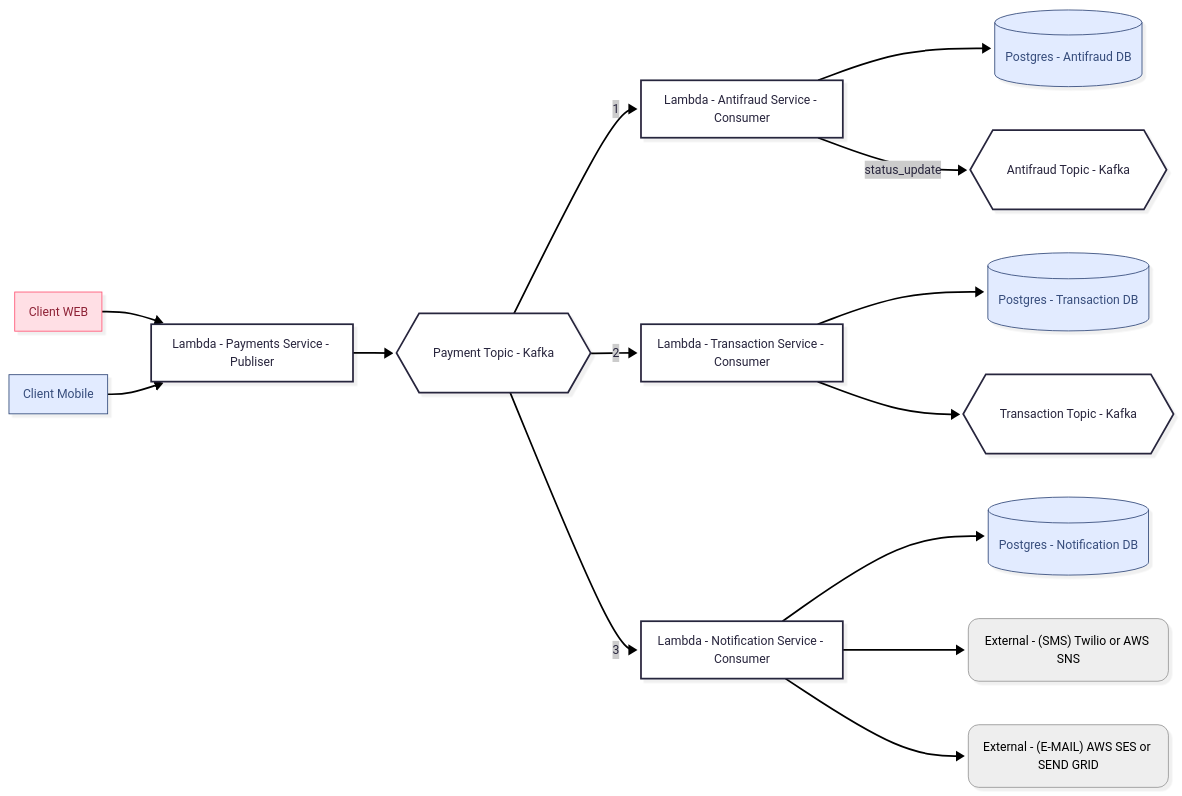
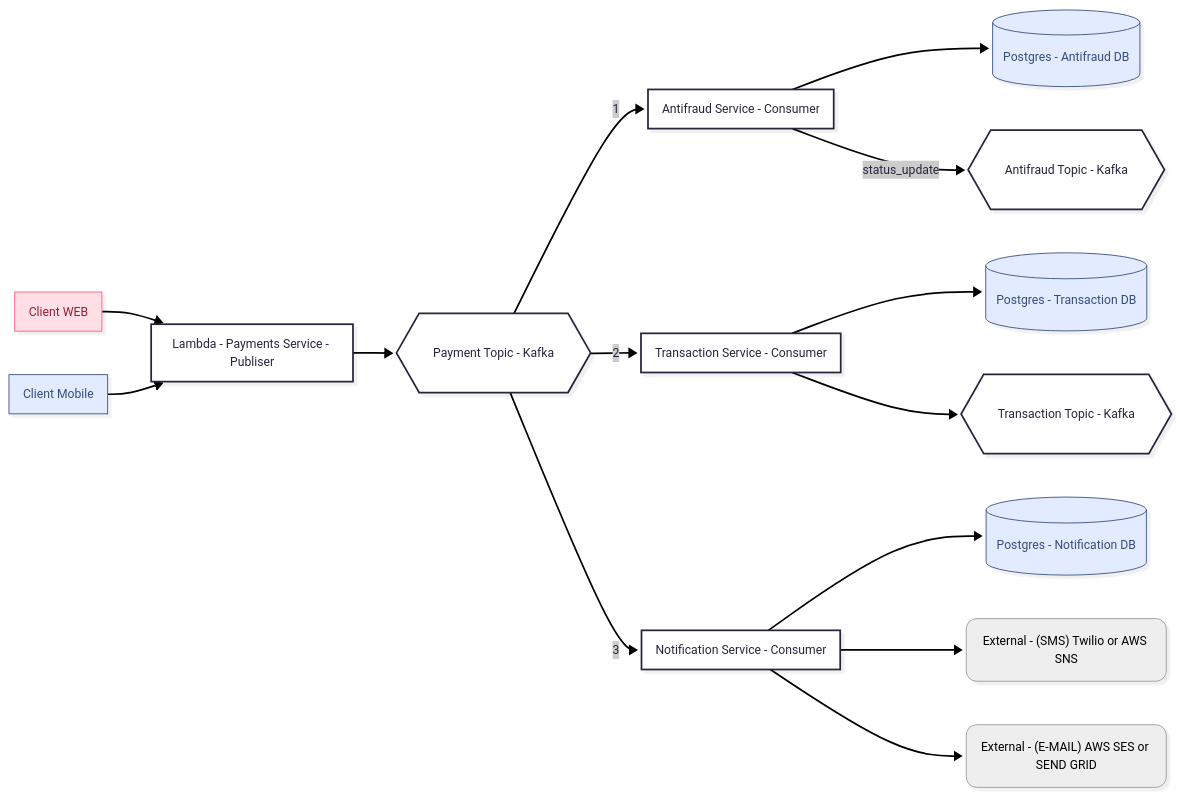
Before and after one commit to dasilvaoscar/harmonia-financeira: the third of 3 diagrams in README.md, drawn with Mermaid.

Commit message:
chore: update architecture

````diff
--- a/README.md
+++ b/README.md
@@ -72,45 +72,45 @@
 ```mermaid
 ---
 config:
   theme: redux
   layout: dagre
   look: neo
 ---
 flowchart LR
     n1["Lambda - Payments Service - Publiser"] --> n3["Payment Topic - Kafka"]
-    n3 -- 1 --> n5["Lambda - Antifraud Service - Consumer"]
-    n3 -- 2 --> n7["Lambda - Transaction Service - Consumer"]
-    n3 -- 3 --> n16["Lambda - Notification Service - Consumer"]
+    n3 -- 1 --> n5["Antifraud Service - Consumer"]
+    n3 -- 2 --> n7["Transaction Service - Consumer"]
+    n3 -- 3 --> n16["Notification Service - Consumer"]
     n14["Client WEB"] --> n1
     n5 --> n18["Postgres - Antifraud DB"]
     n5 -- status_update --> n25["Antifraud Topic - Kafka"]
     n7 --> n19["Postgres - Transaction DB"] & n26["Transaction Topic - Kafka"]
     n16 --> n20["Postgres - Notification DB"] & n23["External - (SMS) Twilio or AWS SNS"] & n24["External - (E-MAIL) AWS SES or SEND GRID"]
     n21["Client Mobile"] --> n1
 
     n1@{ shape: rect}
     n3@{ shape: hex}
     n5@{ shape: rect}
     n7@{ shape: rect}
     n16@{ shape: rect}
     n14@{ shape: rect}
     n18@{ shape: cyl}
     n25@{ shape: hex}
     n19@{ shape: cyl}
     n26@{ shape: hex}
     n20@{ shape: cyl}
     n23@{ shape: rounded}
     n24@{ shape: rounded}
     n21@{ shape: rect}
      n14:::Rose
      n18:::Sky
      n19:::Sky
      n20:::Sky
      n23:::Ash
      n24:::Ash
      n21:::Sky
     classDef Rose stroke-width:1px, stroke-dasharray:none, stroke:#FF5978, fill:#FFDFE5, color:#8E2236
     classDef Peach stroke-width:1px, stroke-dasharray:none, stroke:#FBB35A, fill:#FFEFDB, color:#8F632D
     classDef Sky stroke-width:1px, stroke-dasharray:none, stroke:#374D7C, fill:#E2EBFF, color:#374D7C
     classDef Ash stroke-width:1px, stroke-dasharray:none, stroke:#999999, fill:#EEEEEE, color:#000000
 ```
````
